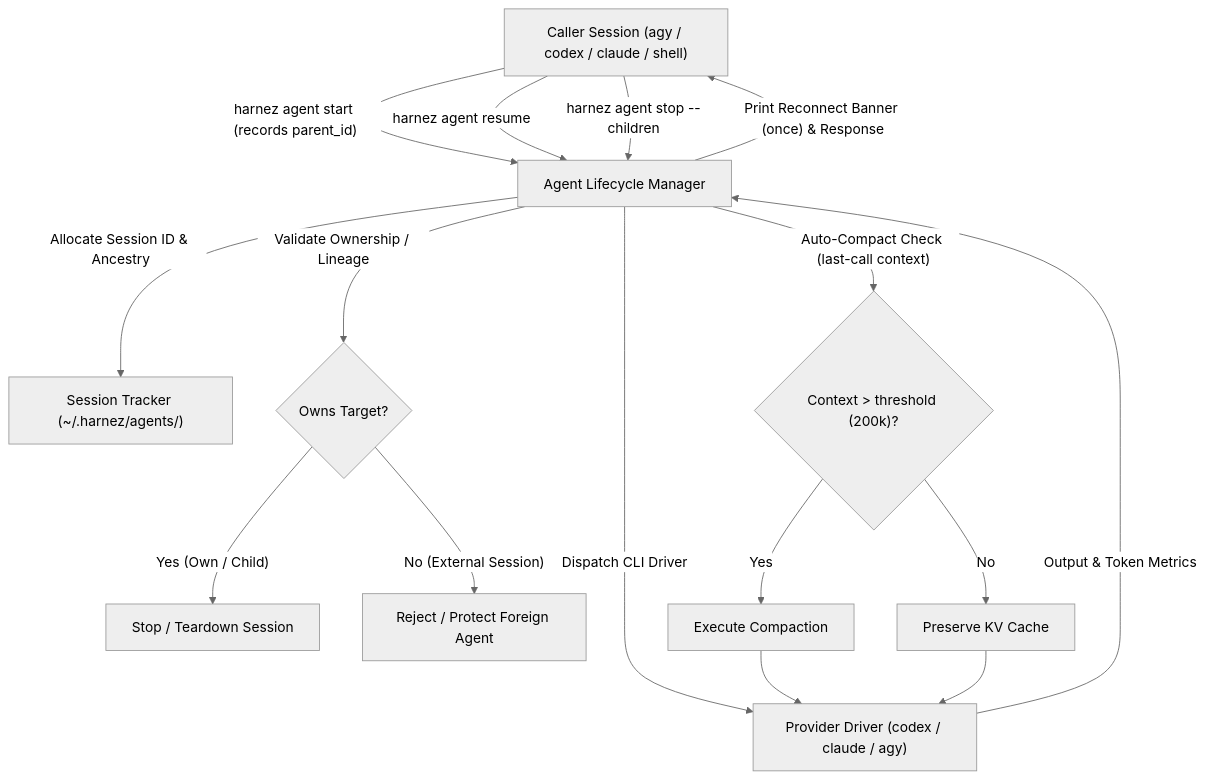
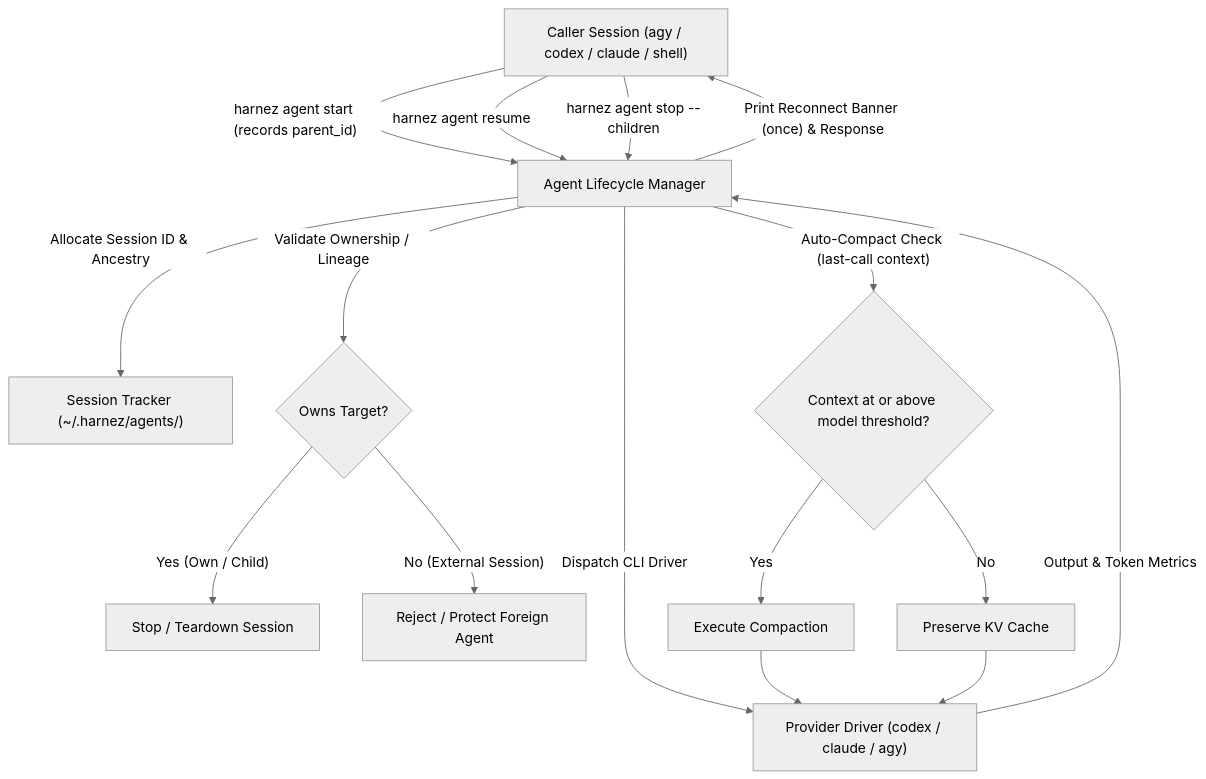
The diagram in docs/HarnezAgentArchitecture.md (ubunatic/harnez), drawn with Mermaid (neutral theme) before and after one commit. The commit also changed other lines of this file and 16 other files, not shown here.

````diff
--- a/docs/HarnezAgentArchitecture.md
+++ b/docs/HarnezAgentArchitecture.md
@@ -29,18 +29,18 @@
 ```mermaid
 flowchart TD
     A["Caller Session (agy / codex / claude / shell)"] -->|"harnez agent start (records parent_id)"| B["Agent Lifecycle Manager"]
     B -->|"Allocate Session ID & Ancestry"| C["Session Tracker (~/.harnez/agents/)"]
     B -->|"Dispatch CLI Driver"| D["Provider Driver (codex / claude / agy)"]
     D -->|"Output & Token Metrics"| B
     B -->|"Print Reconnect Banner (once) & Response"| A
     A -->|"harnez agent resume"| B
     A -->|"harnez agent stop --children"| B
     B -->|"Validate Ownership / Lineage"| H{"Owns Target?"}
     H -->|"Yes (Own / Child)"| I["Stop / Teardown Session"]
     H -->|"No (External Session)"| J["Reject / Protect Foreign Agent"]
-    B -->|"Auto-Compact Check (last-call context)"| E{"Context > threshold (200k)?"}
+    B -->|"Auto-Compact Check (last-call context)"| E{"Context at or above model threshold?"}
     E -->|"Yes"| F["Execute Compaction"]
     E -->|"No"| G["Preserve KV Cache"]
     F --> D
     G --> D
 ```
````
